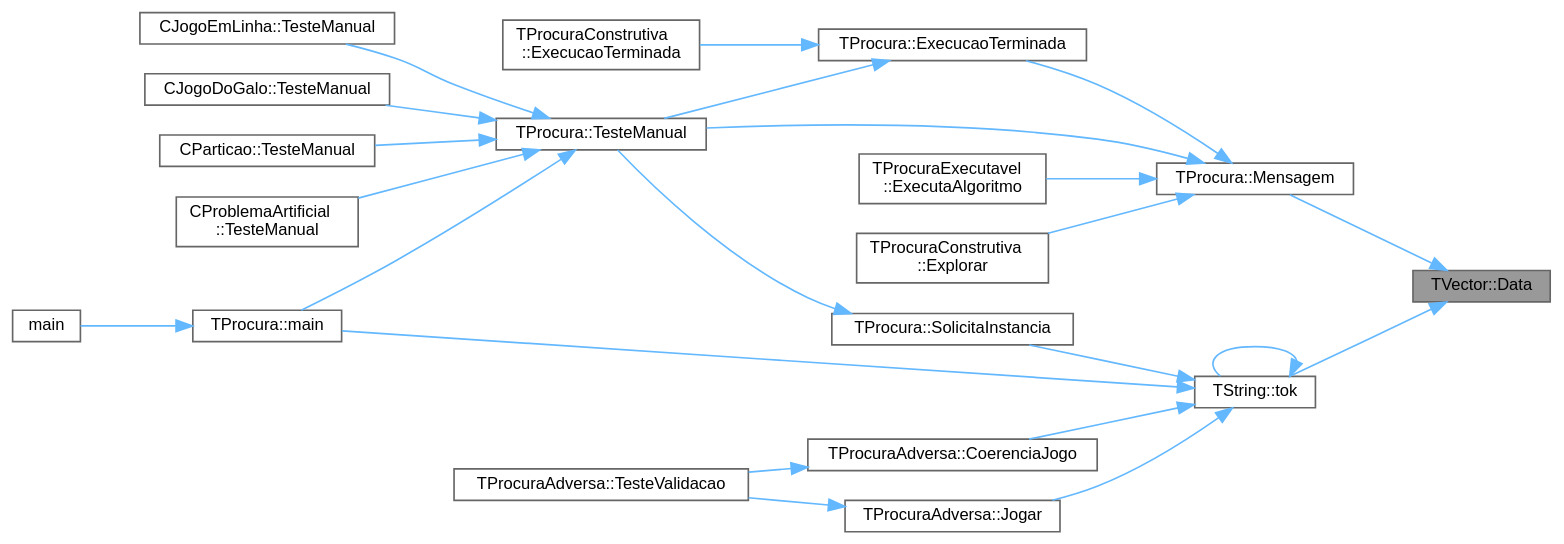
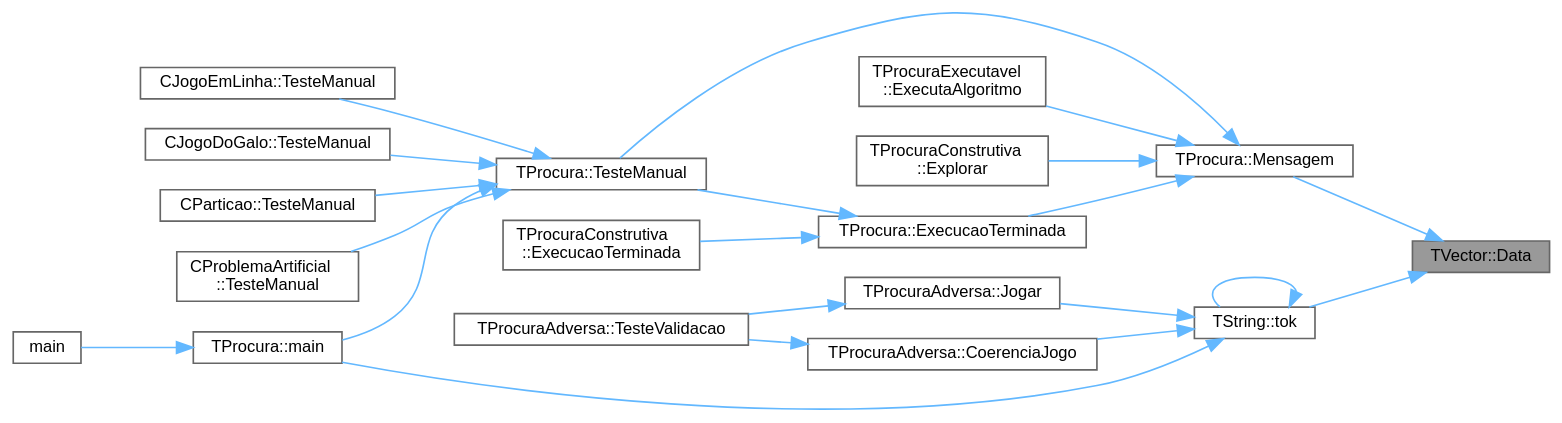
One commit to jcoelho72/TProcura changed the diagram in classTVector_addd572d70b587092fddc21a8b0f53120_icgraph.dot. Above: the diagram before and after it, drawn with Graphviz. The commit also changed 15 other files, not shown here.

```diff
--- a/classTVector_addd572d70b587092fddc21a8b0f53120_icgraph.dot
+++ b/classTVector_addd572d70b587092fddc21a8b0f53120_icgraph.dot
@@ -1,48 +1,45 @@
 digraph "TVector::Data"
 {
  // LATEX_PDF_SIZE
   bgcolor="transparent";
   edge [fontname=Helvetica,fontsize=10,labelfontname=Helvetica,labelfontsize=10];
   node [fontname=Helvetica,fontsize=10,shape=box,height=0.2,width=0.4];
   rankdir="RL";
   Node1 [id="Node000001",label="TVector::Data",height=0.2,width=0.4,color="gray40", fillcolor="grey60", style="filled", fontcolor="black",tooltip="Acesso direto."];
   Node1 -> Node2 [id="edge1_Node000001_Node000002",dir="back",color="steelblue1",style="solid",tooltip=" "];
   Node2 [id="Node000002",label="TProcura::Mensagem",height=0.2,width=0.4,color="grey40", fillcolor="white", style="filled",URL="$classTProcura.html#a9a00ec91eff35fd4e73de608ceb195f6",tooltip=" "];
   Node2 -> Node3 [id="edge2_Node000002_Node000003",dir="back",color="steelblue1",style="solid",tooltip=" "];
   Node3 [id="Node000003",label="TProcura::ExecucaoTerminada",height=0.2,width=0.4,color="grey40", fillcolor="white", style="filled",URL="$classTProcura.html#a86985c8dc9a0e0bd375a4148f6ea6de7",tooltip="Chamar após a execução do algoritmo. Grava o tempo consumido."];
   Node3 -> Node4 [id="edge3_Node000003_Node000004",dir="back",color="steelblue1",style="solid",tooltip=" "];
   Node4 [id="Node000004",label="TProcuraConstrutiva\l::ExecucaoTerminada",height=0.2,width=0.4,color="grey40", fillcolor="white", style="filled",URL="$classTProcuraConstrutiva.html#a42e8230fd5131f4bff8645680ff785f5",tooltip="Chamar após a execução do algoritmo. Grava o tempo consumido."];
   Node3 -> Node5 [id="edge4_Node000003_Node000005",dir="back",color="steelblue1",style="solid",tooltip=" "];
   Node5 [id="Node000005",label="TProcura::TesteManual",height=0.2,width=0.4,color="grey40", fillcolor="white", style="filled",URL="$classTProcura.html#a8331059908495f9a915ada39424ca27c",tooltip="Inicializa a interação com o utilizador."];
   Node5 -> Node6 [id="edge5_Node000005_Node000006",dir="back",color="steelblue1",style="solid",tooltip=" "];
   Node6 [id="Node000006",label="TProcura::main",height=0.2,width=0.4,color="grey40", fillcolor="white", style="filled",URL="$classTProcura.html#a8efd6f9c08b28effd32ab3ed07b4f70e",tooltip="Inicializa a interação com o utilizador."];
   Node6 -> Node7 [id="edge6_Node000006_Node000007",dir="back",color="steelblue1",style="solid",tooltip=" "];
   Node7 [id="Node000007",label="main",height=0.2,width=0.4,color="grey40", fillcolor="white", style="filled",URL="$Adversa_2Teste_2teste_8cpp.html#a0ddf1224851353fc92bfbff6f499fa97",tooltip=" "];
   Node5 -> Node8 [id="edge7_Node000005_Node000008",dir="back",color="steelblue1",style="solid",tooltip=" "];
   Node8 [id="Node000008",label="CJogoDoGalo::TesteManual",height=0.2,width=0.4,color="grey40", fillcolor="white", style="filled",URL="$classCJogoDoGalo.html#a113984a3801a93ebce61e0a700a413ab",tooltip=" "];
   Node5 -> Node9 [id="edge8_Node000005_Node000009",dir="back",color="steelblue1",style="solid",tooltip=" "];
   Node9 [id="Node000009",label="CParticao::TesteManual",height=0.2,width=0.4,color="grey40", fillcolor="white", style="filled",URL="$classCParticao.html#aa4d328b9944991f3fc52ce0726111865",tooltip=" "];
   Node5 -> Node10 [id="edge9_Node000005_Node000010",dir="back",color="steelblue1",style="solid",tooltip=" "];
   Node10 [id="Node000010",label="CProblemaArtificial\l::TesteManual",height=0.2,width=0.4,color="grey40", fillcolor="white", style="filled",URL="$classCProblemaArtificial.html#abaad629eb538177261df40e1e27e92ed",tooltip=" "];
   Node5 -> Node11 [id="edge10_Node000005_Node000011",dir="back",color="steelblue1",style="solid",tooltip=" "];
   Node11 [id="Node000011",label="CJogoEmLinha::TesteManual",height=0.2,width=0.4,color="grey40", fillcolor="white", style="filled",URL="$classCJogoEmLinha.html#a605b4293eeaed3fd542afe36edcc8d51",tooltip="Inicializa a interação com o utilizador."];
   Node2 -> Node12 [id="edge11_Node000002_Node000012",dir="back",color="steelblue1",style="solid",tooltip=" "];
   Node12 [id="Node000012",label="TProcuraExecutavel\l::ExecutaAlgoritmo",height=0.2,width=0.4,color="grey40", fillcolor="white", style="filled",URL="$classTProcuraExecutavel.html#a4a5bfffa3469b7827316d59fea6796c1",tooltip="Executa o algoritmo e extrai os indicadores."];
   Node2 -> Node13 [id="edge12_Node000002_Node000013",dir="back",color="steelblue1",style="solid",tooltip=" "];
   Node13 [id="Node000013",label="TProcuraConstrutiva\l::Explorar",height=0.2,width=0.4,color="grey40", fillcolor="white", style="filled",URL="$classTProcuraConstrutiva.html#a9d8202d80510018d01a9807f3852b59f",tooltip="definir para explorar manualmente os dados (não definido em TProcura, apenas em TProcuraConstrutiva)"];
   Node2 -> Node5 [id="edge13_Node000002_Node000005",dir="back",color="steelblue1",style="solid",tooltip=" "];
   Node1 -> Node14 [id="edge14_Node000001_Node000014",dir="back",color="steelblue1",style="solid",tooltip=" "];
   Node14 [id="Node000014",label="TString::tok",height=0.2,width=0.4,color="grey40", fillcolor="white", style="filled",URL="$classTString.html#a1c97cb769a9101f4bf899f527adceea6",tooltip=" "];
   Node14 -> Node15 [id="edge15_Node000014_Node000015",dir="back",color="steelblue1",style="solid",tooltip=" "];
   Node15 [id="Node000015",label="TProcuraAdversa::CoerenciaJogo",height=0.2,width=0.4,color="grey40", fillcolor="white", style="filled",URL="$classTProcuraAdversa.html#af9d8298dba39d1b1341acdc7eed5e840",tooltip=" "];
   Node15 -> Node16 [id="edge16_Node000015_Node000016",dir="back",color="steelblue1",style="solid",tooltip=" "];
   Node16 [id="Node000016",label="TProcuraAdversa::TesteValidacao",height=0.2,width=0.4,color="grey40", fillcolor="white", style="filled",URL="$classTProcuraAdversa.html#a3ed3f97aa1c4881d7e4275b86317fd58",tooltip="Executa testes de validação, executando cada solução na instância respetiva, e verificando a sua vali..."];
   Node14 -> Node17 [id="edge17_Node000014_Node000017",dir="back",color="steelblue1",style="solid",tooltip=" "];
   Node17 [id="Node000017",label="TProcuraAdversa::Jogar",height=0.2,width=0.4,color="grey40", fillcolor="white", style="filled",URL="$classTProcuraAdversa.html#acddde96eeb7950c83032b5c4d16560e8",tooltip=" "];
   Node17 -> Node16 [id="edge18_Node000017_Node000016",dir="back",color="steelblue1",style="solid",tooltip=" "];
   Node14 -> Node6 [id="edge19_Node000014_Node000006",dir="back",color="steelblue1",style="solid",tooltip=" "];
-  Node14 -> Node18 [id="edge20_Node000014_Node000018",dir="back",color="steelblue1",style="solid",tooltip=" "];
-  Node18 [id="Node000018",label="TProcura::SolicitaInstancia",height=0.2,width=0.4,color="grey40", fillcolor="white", style="filled",URL="$classTProcura.html#ae9f0b921a171a110e6a6fcc209332635",tooltip="Solicita ao utilizador o ID da instância a utilizar, permitindo alterar também o prefixo do ficheiro."];
-  Node18 -> Node5 [id="edge21_Node000018_Node000005",dir="back",color="steelblue1",style="solid",tooltip=" "];
-  Node14 -> Node14 [id="edge22_Node000014_Node000014",dir="back",color="steelblue1",style="solid",tooltip=" "];
+  Node14 -> Node14 [id="edge20_Node000014_Node000014",dir="back",color="steelblue1",style="solid",tooltip=" "];
 }
```
